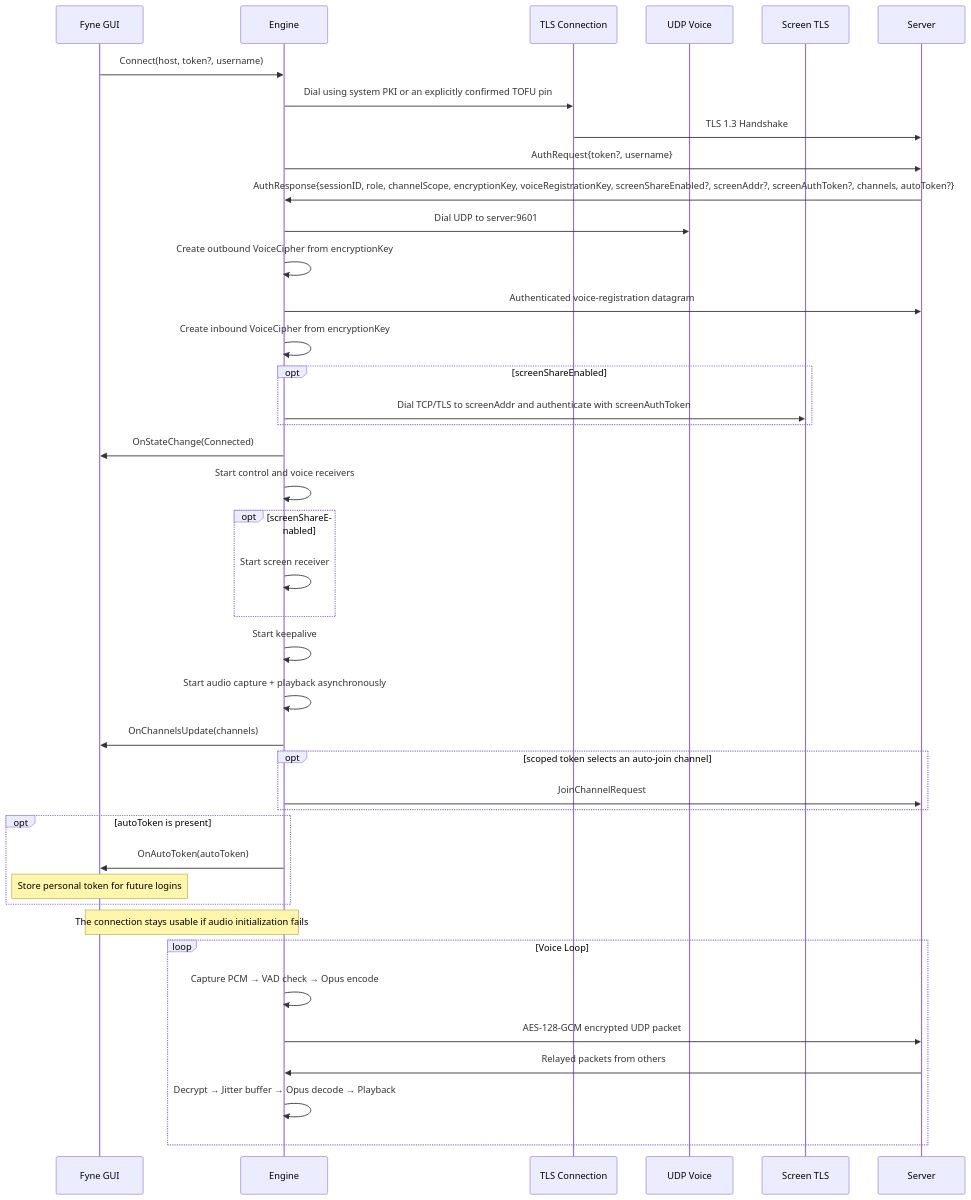
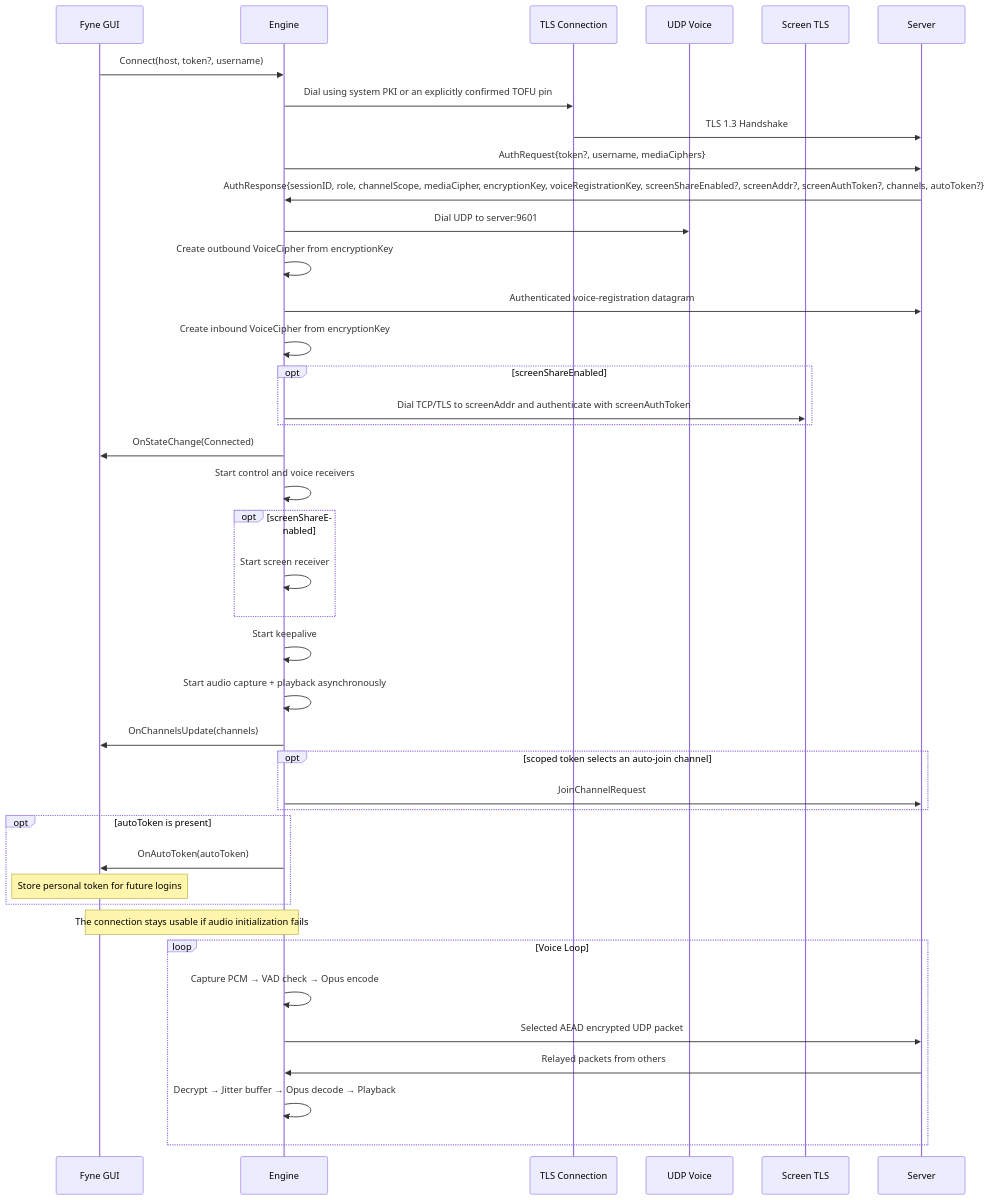
One commit to NicolasHaas/gospeak changed the fourth of 5 diagrams in docs/architecture.md. Above: the diagram before and after it, drawn with Mermaid. The commit also changed other lines of this file and 32 other files, not shown here.

Commit message:
feat(media): add authenticated cipher selection

````diff
--- a/docs/architecture.md
+++ b/docs/architecture.md
@@ -149,45 +149,45 @@
 ```mermaid
 sequenceDiagram
     participant UI as Fyne GUI
     participant Eng as Engine
     participant TLS as TLS Connection
     participant UDP as UDP Voice
     participant SCR as Screen TLS
     participant Srv as Server
 
     UI->>Eng: Connect(host, token?, username)
     Eng->>TLS: Dial using system PKI or an explicitly confirmed TOFU pin
     TLS->>Srv: TLS 1.3 Handshake
-    Eng->>Srv: AuthRequest{token?, username}
-    Srv->>Eng: AuthResponse{sessionID, role, channelScope, encryptionKey, voiceRegistrationKey, screenShareEnabled?, screenAddr?, screenAuthToken?, channels, autoToken?}
+    Eng->>Srv: AuthRequest{token?, username, mediaCiphers}
+    Srv->>Eng: AuthResponse{sessionID, role, channelScope, mediaCipher, encryptionKey, voiceRegistrationKey, screenShareEnabled?, screenAddr?, screenAuthToken?, channels, autoToken?}
     Eng->>UDP: Dial UDP to server:9601
     Eng->>Eng: Create outbound VoiceCipher from encryptionKey
     Eng->>Srv: Authenticated voice-registration datagram
     Eng->>Eng: Create inbound VoiceCipher from encryptionKey
     opt screenShareEnabled
         Eng->>SCR: Dial TCP/TLS to screenAddr and authenticate with screenAuthToken
     end
     Eng->>UI: OnStateChange(Connected)
     Eng->>Eng: Start control and voice receivers
     opt screenShareEnabled
         Eng->>Eng: Start screen receiver
     end
     Eng->>Eng: Start keepalive
     Eng->>Eng: Start audio capture + playback asynchronously
     Eng->>UI: OnChannelsUpdate(channels)
     opt scoped token selects an auto-join channel
         Eng->>Srv: JoinChannelRequest
     end
     opt autoToken is present
         Eng->>UI: OnAutoToken(autoToken)
         Note over UI: Store personal token for future logins
     end
     Note over Eng,UI: The connection stays usable if audio initialization fails
 
     loop Voice Loop
         Eng->>Eng: Capture PCM → VAD check → Opus encode
-        Eng->>Srv: AES-128-GCM encrypted UDP packet
+        Eng->>Srv: Selected AEAD encrypted UDP packet
         Srv->>Eng: Relayed packets from others
         Eng->>Eng: Decrypt → Jitter buffer → Opus decode → Playback
     end
 ```
````
